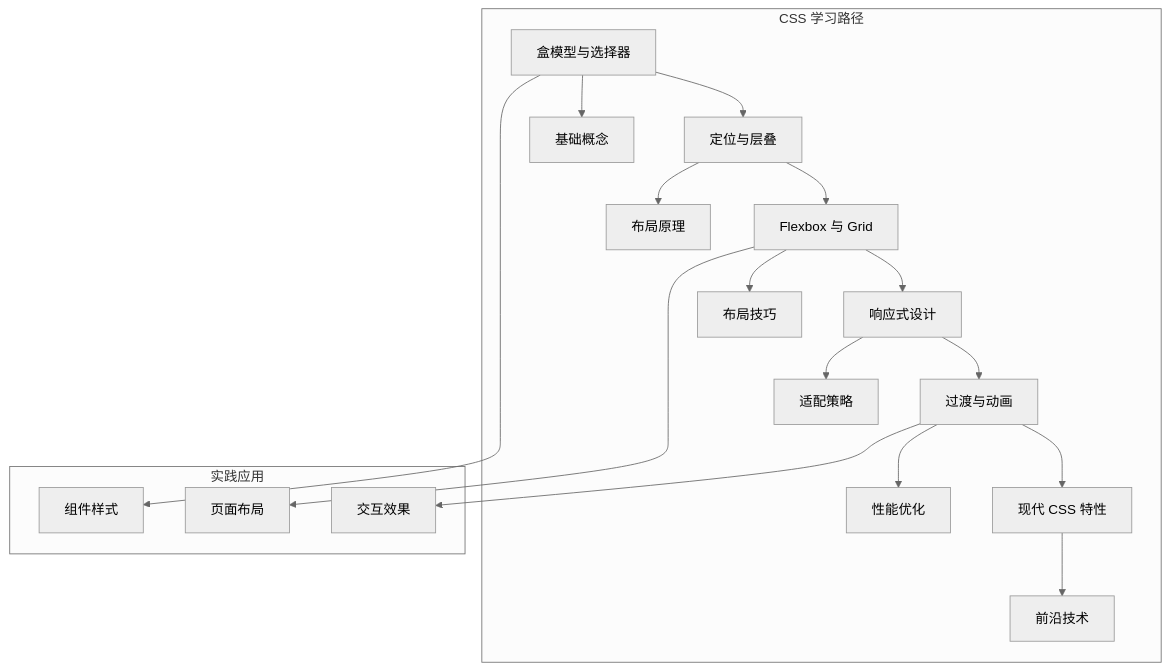
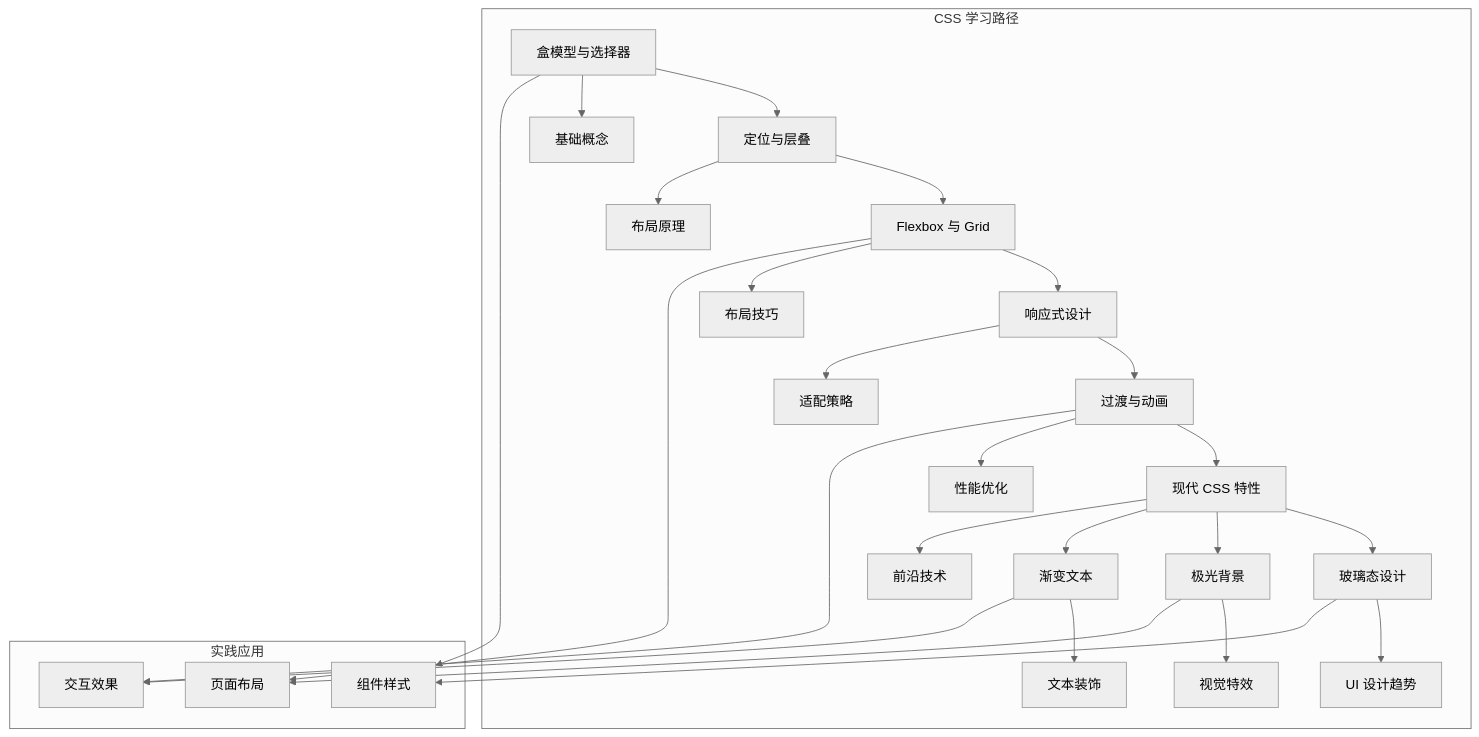
The ninth of 17 diagrams in .qoder/repowiki/zh/content/JavaScript 基础知识/CSS 基础知识.md (UnicornXU/knowledge-base), drawn with Mermaid (neutral theme) before and after one commit. The commit also changed other lines of this file and 35 other files, not shown here.

````diff
--- a/.qoder/repowiki/zh/content/JavaScript 基础知识/CSS 基础知识.md
+++ b/.qoder/repowiki/zh/content/JavaScript 基础知识/CSS 基础知识.md
@@ -214,24 +614,33 @@
 ```mermaid
 flowchart TD
 subgraph "CSS 学习路径"
 A[盒模型与选择器] --> B[定位与层叠]
 B --> C[Flexbox 与 Grid]
 C --> D[响应式设计]
 D --> E[过渡与动画]
 E --> F[现代 CSS 特性]
-A --> G[基础概念]
-B --> H[布局原理]
-C --> I[布局技巧]
-D --> J[适配策略]
-E --> K[性能优化]
-F --> L[前沿技术]
+F --> G[玻璃态设计]
+F --> H[极光背景]
+F --> I[渐变文本]
+A --> J[基础概念]
+B --> K[布局原理]
+C --> L[布局技巧]
+D --> M[适配策略]
+E --> N[性能优化]
+F --> O[前沿技术]
+G --> P[UI 设计趋势]
+H --> Q[视觉特效]
+I --> R[文本装饰]
 end
 subgraph "实践应用"
-M[组件样式]
-N[页面布局]
-O[交互效果]
-A --> M
-C --> N
-E --> O
+S[组件样式]
+T[页面布局]
+U[交互效果]
+A --> S
+C --> T
+E --> U
+G --> S
+H --> T
+I --> U
 end
 ```
````
